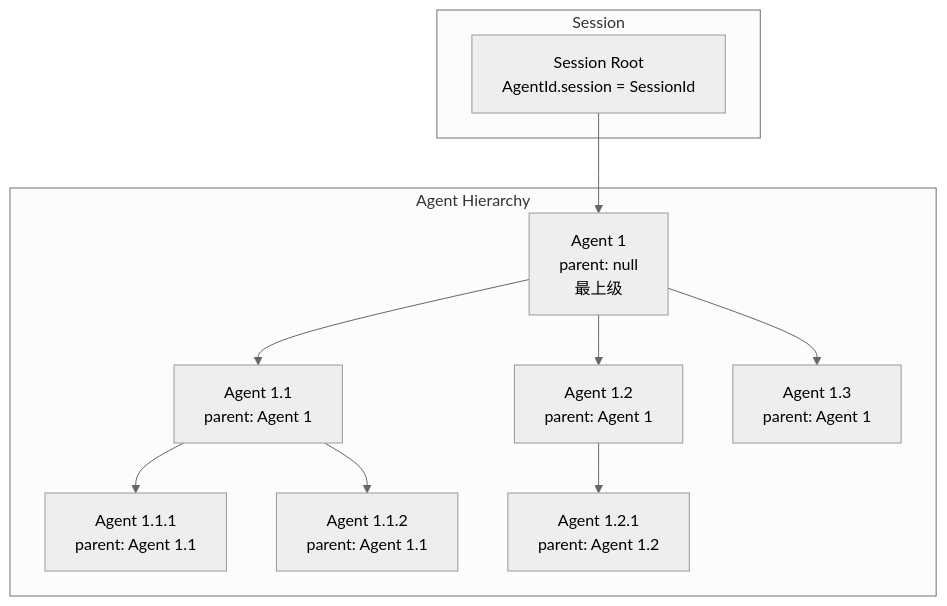
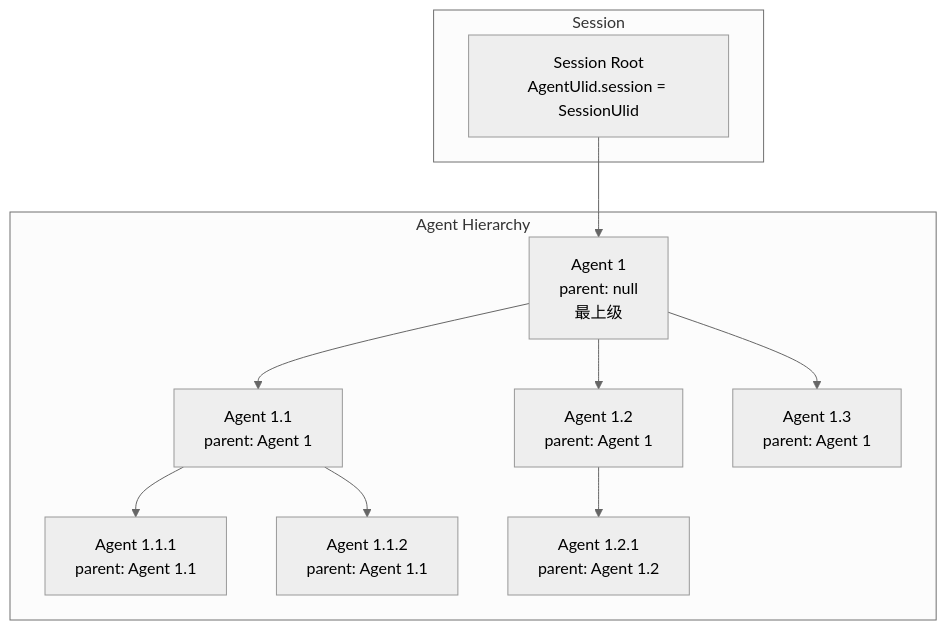
Before and after one commit to MiyakoMeow/neco: the second of 6 diagrams in progress/TECH-AGENT.md, drawn with Mermaid (neutral theme). The commit also changed other lines of this file and 9 other files, not shown here.

````diff
--- a/progress/TECH-AGENT.md
+++ b/progress/TECH-AGENT.md
@@ -53,24 +53,24 @@
 ```mermaid
 graph TB
     subgraph "Session"
-        S[Session Root<br/>AgentId.session = SessionId]
+        S[Session Root<br/>AgentUlid.session = SessionUlid]
     end
     
     subgraph "Agent Hierarchy"
         A1[Agent 1<br/>parent: null<br/>最上级]
         A2[Agent 1.1<br/>parent: Agent 1]
         A3[Agent 1.2<br/>parent: Agent 1]
         A4[Agent 1.3<br/>parent: Agent 1]
         A5[Agent 1.1.1<br/>parent: Agent 1.1]
         A6[Agent 1.1.2<br/>parent: Agent 1.1]
         A7[Agent 1.2.1<br/>parent: Agent 1.2]
     end
     
     S --> A1
     A1 --> A2
     A1 --> A3
     A1 --> A4
     A2 --> A5
     A2 --> A6
     A3 --> A7
 ```
````
